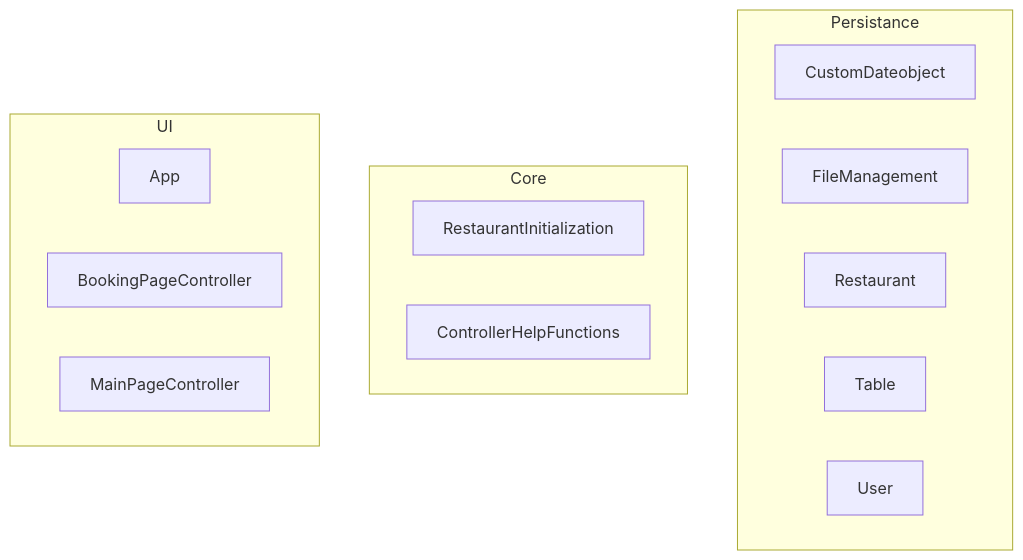
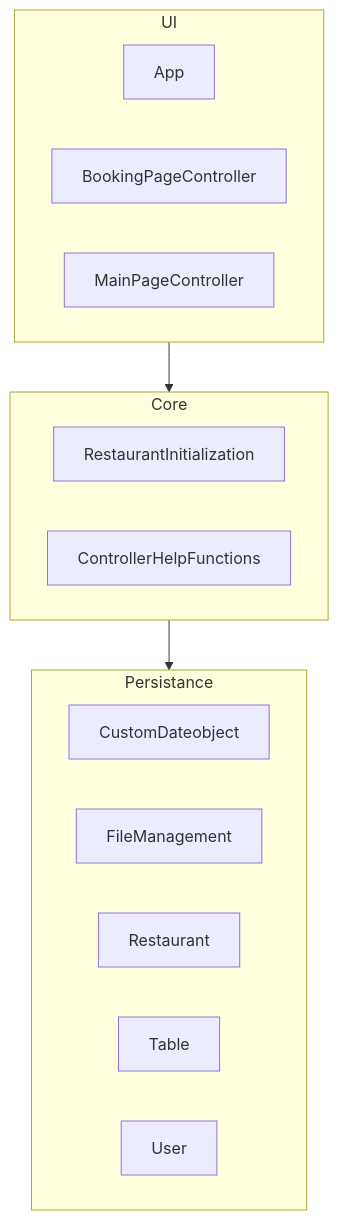
The diagram in Package-diagram.md (marsun02/IT1901_Booking_Manager), drawn with Mermaid before and after one commit.

Commit message:
docs: :memo: Added dependencies #130

````diff
--- a/Package-diagram.md
+++ b/Package-diagram.md
@@ -1,27 +1,31 @@
 ```mermaid
     graph TD
 
     %% Pakke: Persistance
     subgraph Persistance["Persistance"]
         A1[CustomDateobject]
         A2[FileManagement]
         A3[Restaurant]
         A4[Table]
         A5[User]
 
     end    
 
 
     %% Pakke: Core
     subgraph Core["Core"]
         B1[RestaurantInitialization]
         B2[ControllerHelpFunctions]
     end   
 
     %% Pakke: UI
     subgraph UI["UI"]
         C1[App]
         C2[BookingPageController]
         C3[MainPageController]
     end 
+
+    %% Dependencies
+    UI --> Core
+    Core --> Persistance
 ```
````
